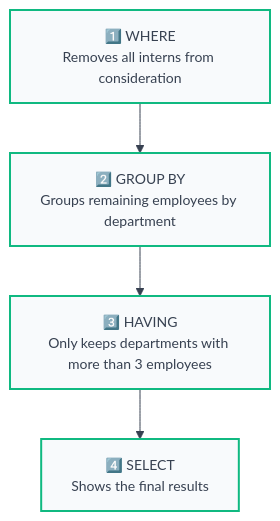
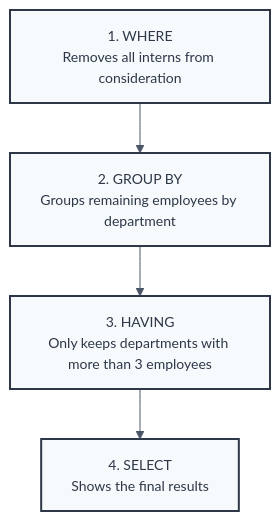
One commit to MayankBambal/mayankbambal.github.io changed the second of 2 diagrams in super_sql_guide/level_1/Chapter1/Module4.md. Above: the diagram before and after it, drawn with Mermaid. The commit also changed other lines of this file and 3 other files, not shown here.

````diff
--- a/super_sql_guide/level_1/Chapter1/Module4.md
+++ b/super_sql_guide/level_1/Chapter1/Module4.md
@@ -149,23 +155,23 @@
 ```mermaid
 ---
 config:
   theme: base
   themeVariables:
-    primaryColor: '#10b981'
+    primaryColor: '#2d3748'
     primaryTextColor: '#ffffff'
-    primaryBorderColor: '#059669'
-    lineColor: '#374151'
-    secondaryColor: '#f8fafc'
+    primaryBorderColor: '#1a202c'
+    lineColor: '#4a5568'
+    secondaryColor: '#f7fafc'
     background: '#ffffff'
     fontSize: '14px'
 ---
 flowchart TD
-    A["1️⃣ WHERE<br/>Removes all interns from consideration"] 
-    B["2️⃣ GROUP BY<br/>Groups remaining employees by department"]
-    C["3️⃣ HAVING<br/>Only keeps departments with more than 3 employees"]
-    D["4️⃣ SELECT<br/>Shows the final results"]
+    A["1. WHERE<br/>Removes all interns from consideration"] 
+    B["2. GROUP BY<br/>Groups remaining employees by department"]
+    C["3. HAVING<br/>Only keeps departments with more than 3 employees"]
+    D["4. SELECT<br/>Shows the final results"]
     
     A --> B --> C --> D
     
-    classDef default fill:#f8fafc,stroke:#10b981,stroke-width:2px,color:#374151,font-weight:normal
+    classDef default fill:#f7fafc,stroke:#2d3748,stroke-width:2px,color:#2d3748
 ```
````
